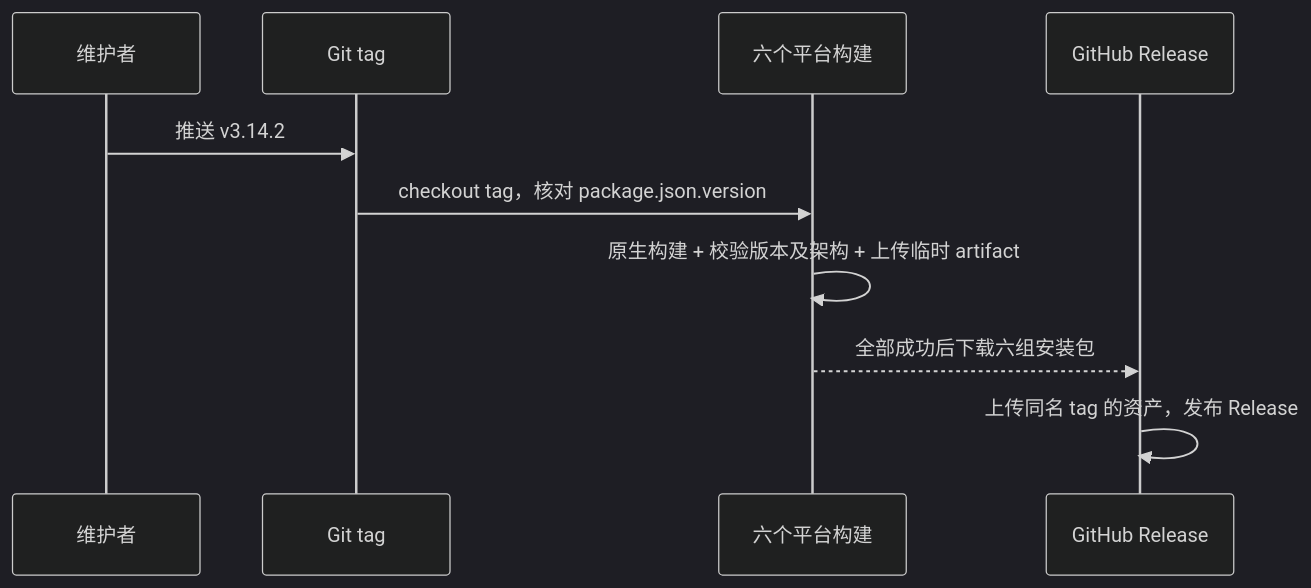
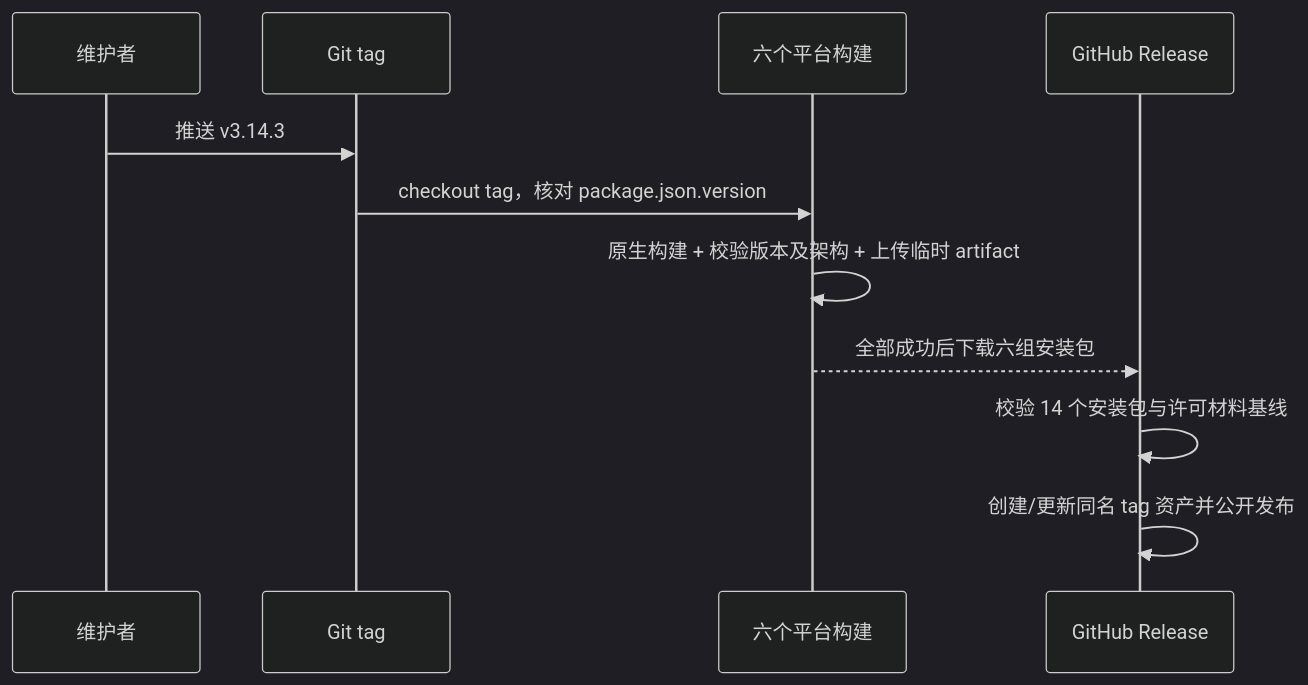
The diagram in specs/github-actions-desktop-release.md (lemon-casino/LemonCode), drawn with Mermaid (dark theme) before and after one commit. The commit also changed other lines of this file and 146 other files, not shown here.

````diff
--- a/specs/github-actions-desktop-release.md
+++ b/specs/github-actions-desktop-release.md
@@ -36,12 +42,13 @@
 ```mermaid
 sequenceDiagram
   participant Maintainer as 维护者
   participant Git as Git tag
   participant Matrix as 六个平台构建
   participant Release as GitHub Release
-  Maintainer->>Git: 推送 v3.14.2
+  Maintainer->>Git: 推送 v3.14.3
   Git->>Matrix: checkout tag，核对 package.json.version
   Matrix->>Matrix: 原生构建 + 校验版本及架构 + 上传临时 artifact
   Matrix-->>Release: 全部成功后下载六组安装包
-  Release->>Release: 上传同名 tag 的资产，发布 Release
+  Release->>Release: 校验 14 个安装包与许可材料基线
+  Release->>Release: 创建/更新同名 tag 资产并公开发布
 ```
````
